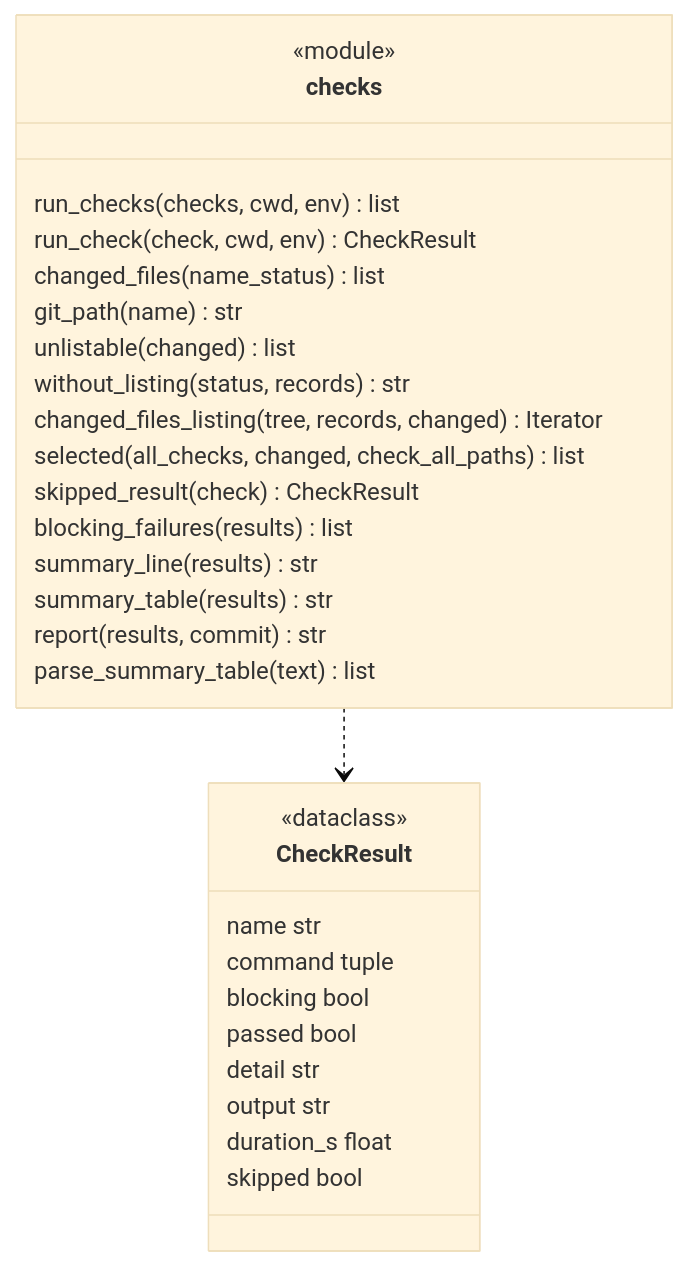
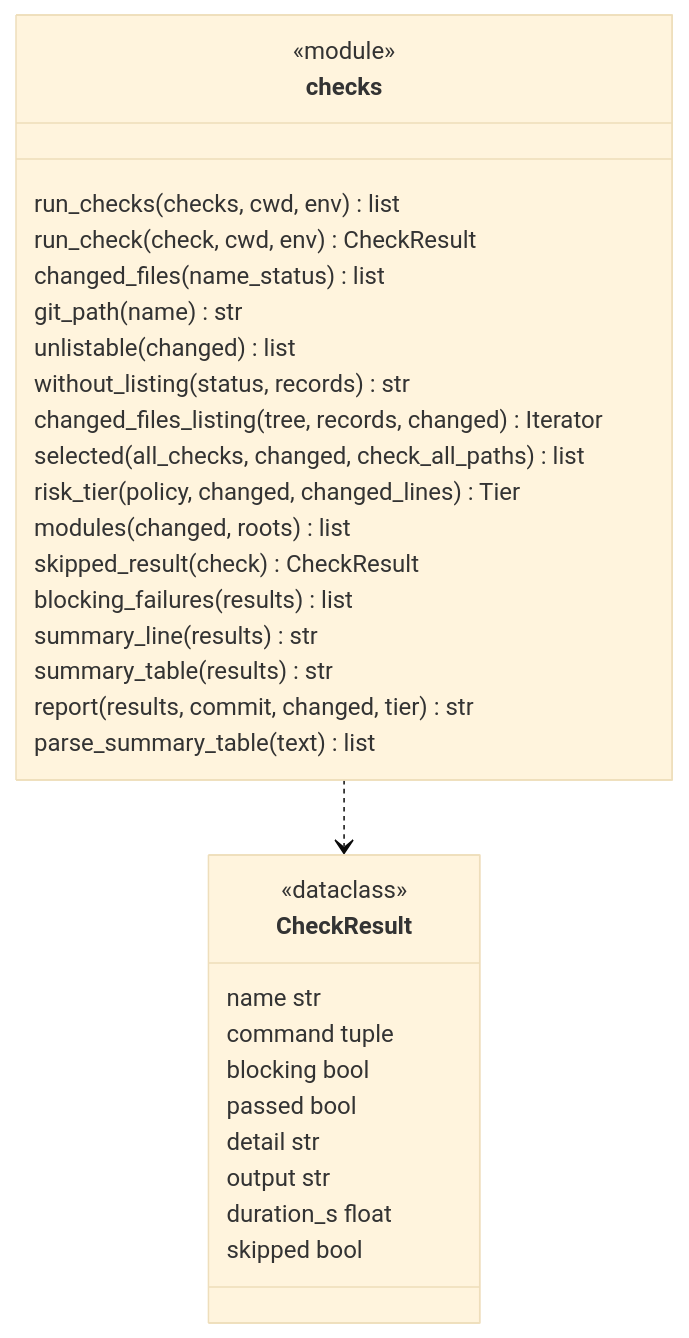
One commit to plaplanche/ariane changed the second of 3 diagrams in docs/architecture/modules/checks.md. Above: the diagram before and after it, drawn with Mermaid (base theme). The commit also changed other lines of this file and 29 other files, not shown here.

Commit message:
#185: Risk tier per round: ARIANE_RISK_TIER and ARIANE_FULL_SUITE (C9)

````diff
--- a/docs/architecture/modules/checks.md
+++ b/docs/architecture/modules/checks.md
@@ -60,32 +63,34 @@
 ```mermaid
 classDiagram
 class CheckResult {
   <<dataclass>>
   name str
   command tuple
   blocking bool
   passed bool
   detail str
   output str
   duration_s float
   skipped bool
 }
 class checks {
   <<module>>
   run_checks(checks, cwd, env) list
   run_check(check, cwd, env) CheckResult
   changed_files(name_status) list
   git_path(name) str
   unlistable(changed) list
   without_listing(status, records) str
   changed_files_listing(tree, records, changed) Iterator
   selected(all_checks, changed, check_all_paths) list
+  risk_tier(policy, changed, changed_lines) Tier
+  modules(changed, roots) list
   skipped_result(check) CheckResult
   blocking_failures(results) list
   summary_line(results) str
   summary_table(results) str
-  report(results, commit) str
+  report(results, commit, changed, tier) str
   parse_summary_table(text) list
 }
 checks ..> CheckResult
 ```
````
